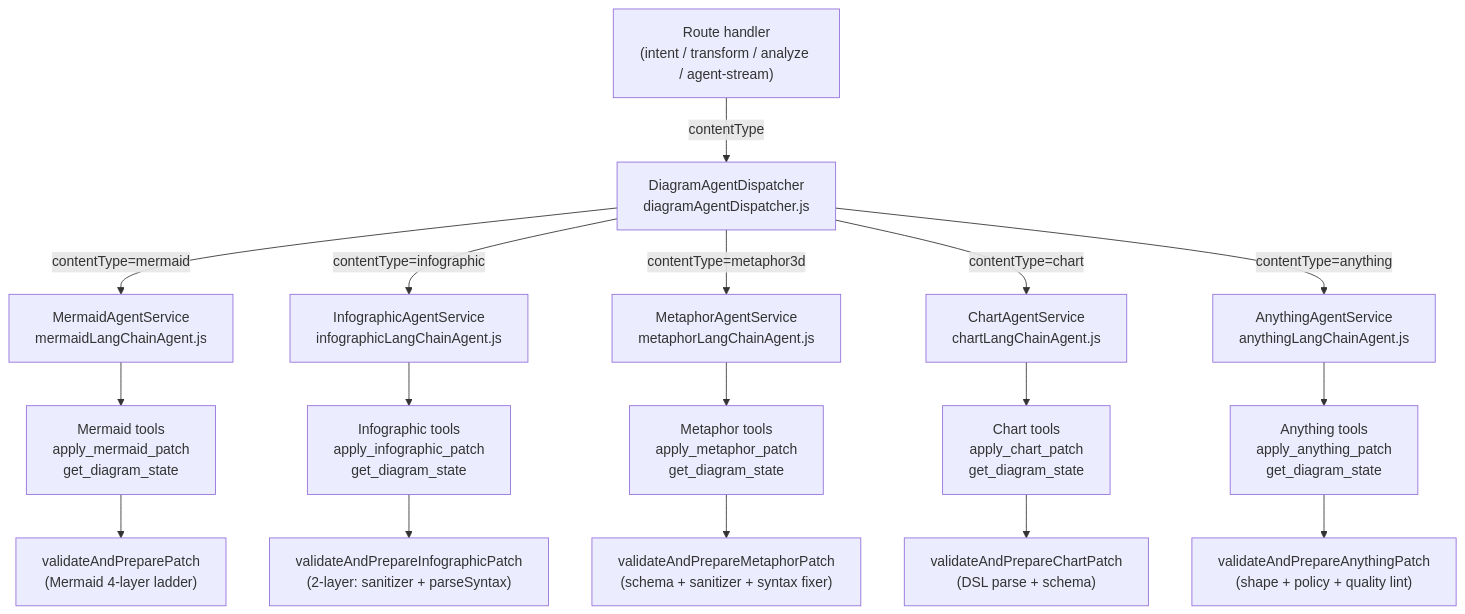
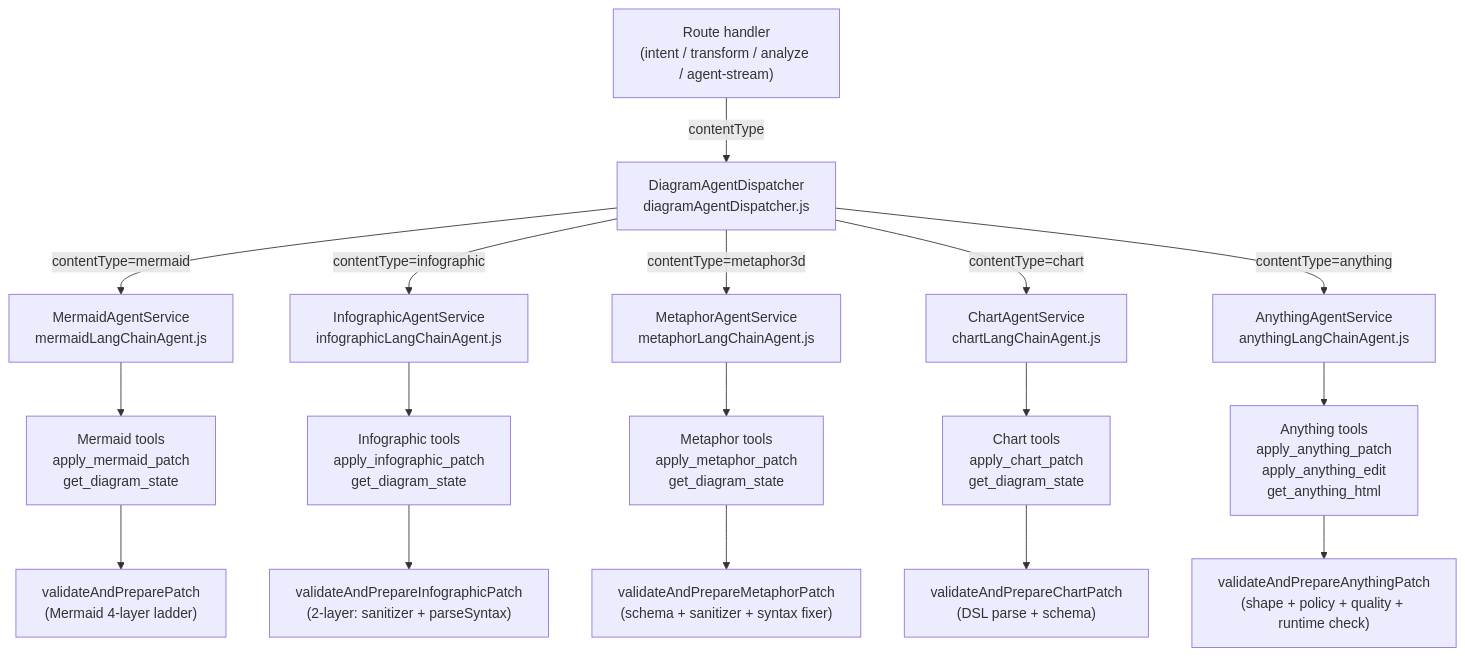
One commit to acuhlmann/mermaid-gen changed the first of 2 diagrams in docs/guide/agents.md. Above: the diagram before and after it, drawn with Mermaid. The commit also changed 19 other files, not shown here.

````diff
--- a/docs/guide/agents.md
+++ b/docs/guide/agents.md
@@ -7,19 +7,19 @@
 ```mermaid
 flowchart TB
   Route["Route handler\n(intent / transform / analyze / agent-stream)"] -->|"contentType"| D["DiagramAgentDispatcher\ndiagramAgentDispatcher.js"]
   D -->|"contentType=mermaid"| MAS["MermaidAgentService\nmermaidLangChainAgent.js"]
   D -->|"contentType=infographic"| IAS["InfographicAgentService\ninfographicLangChainAgent.js"]
   D -->|"contentType=metaphor3d"| MES["MetaphorAgentService\nmetaphorLangChainAgent.js"]
   D -->|"contentType=chart"| CAS["ChartAgentService\nchartLangChainAgent.js"]
   D -->|"contentType=anything"| AAS["AnythingAgentService\nanythingLangChainAgent.js"]
   MAS --> MT["Mermaid tools\napply_mermaid_patch\nget_diagram_state"]
   IAS --> IT["Infographic tools\napply_infographic_patch\nget_diagram_state"]
   MES --> MET["Metaphor tools\napply_metaphor_patch\nget_diagram_state"]
   CAS --> CT["Chart tools\napply_chart_patch\nget_diagram_state"]
-  AAS --> AT["Anything tools\napply_anything_patch\nget_diagram_state"]
+  AAS --> AT["Anything tools\napply_anything_patch\napply_anything_edit\nget_anything_html"]
   MT --> MV["validateAndPreparePatch\n(Mermaid 4-layer ladder)"]
   IT --> IV["validateAndPrepareInfographicPatch\n(2-layer: sanitizer + parseSyntax)"]
   MET --> MEV["validateAndPrepareMetaphorPatch\n(schema + sanitizer + syntax fixer)"]
   CT --> CV["validateAndPrepareChartPatch\n(DSL parse + schema)"]
-  AT --> AV["validateAndPrepareAnythingPatch\n(shape + policy + quality lint)"]
+  AT --> AV["validateAndPrepareAnythingPatch\n(shape + policy + quality + runtime check)"]
 ```
````
